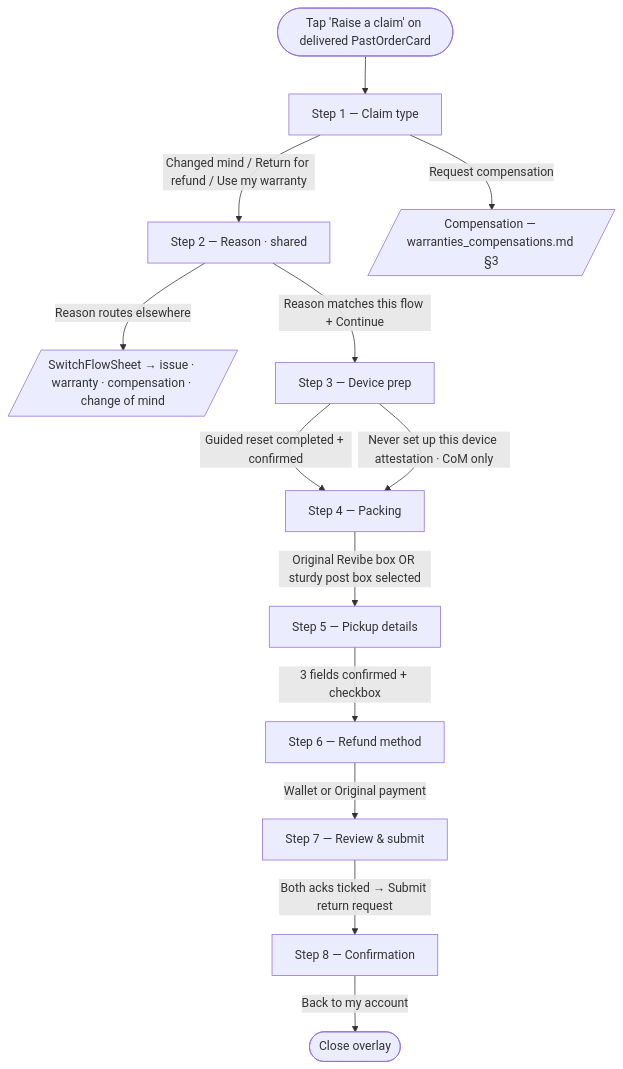
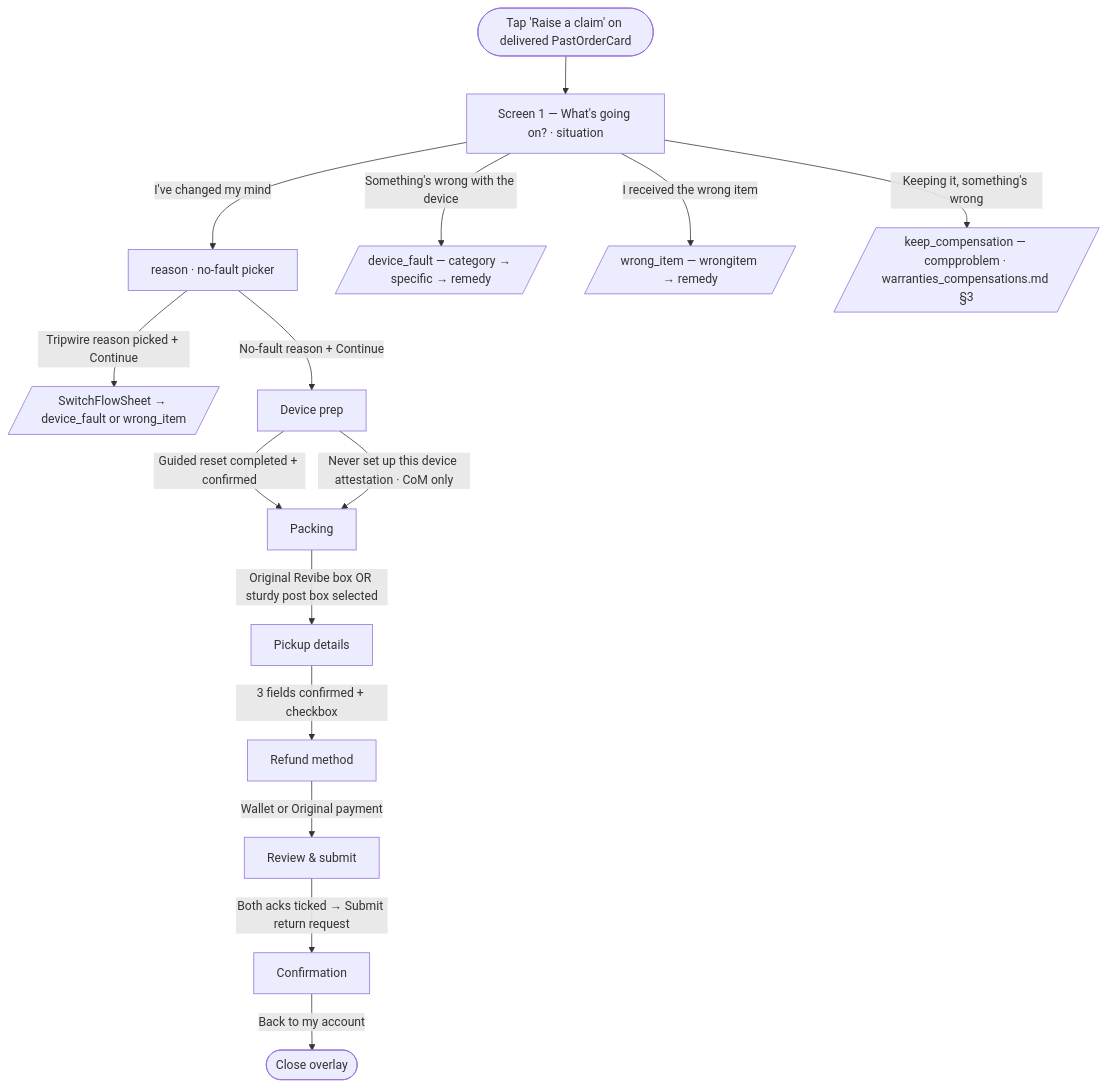
One commit to andrea-revibe/my-account-redesign-v2 changed the first of 2 diagrams in docs/output/returns/change_of_mind.md. Above: the diagram before and after it, drawn with Mermaid. The commit also changed other lines of this file and 13 other files, not shown here.

Commit message:
first improvement iteration of the raise a claim flow - before proof submission

````diff
--- a/docs/output/returns/change_of_mind.md
+++ b/docs/output/returns/change_of_mind.md
@@ -29,15 +42,17 @@
 ```mermaid
 flowchart TD
-  entry([Tap 'Raise a claim' on delivered PastOrderCard]) --> s1[Step 1 — Claim type]
-  s1 -->|Changed mind / Return for refund / Use my warranty| s2[Step 2 — Reason · shared]
-  s1 -->|Request compensation| comp[/Compensation — warranties_compensations.md §3/]
-  s2 -->|Reason routes elsewhere| sheet[/SwitchFlowSheet → issue · warranty · compensation · change of mind/]
-  s2 -->|Reason matches this flow + Continue| s3[Step 3 — Device prep]
-  s3 -->|Guided reset completed + confirmed| s4[Step 4 — Packing]
-  s3 -->|"Never set up this device" attestation · CoM only| s4
-  s4 -->|Original Revibe box OR sturdy post box selected| s5[Step 5 — Pickup details]
-  s5 -->|3 fields confirmed + checkbox| s6[Step 6 — Refund method]
-  s6 -->|Wallet or Original payment| s7[Step 7 — Review & submit]
-  s7 -->|Both acks ticked → Submit return request| s8[Step 8 — Confirmation]
-  s8 -->|Back to my account| close([Close overlay])
+  entry([Tap 'Raise a claim' on delivered PastOrderCard]) --> s1[Screen 1 — What's going on? · situation]
+  s1 -->|I've changed my mind| reason[reason · no-fault picker]
+  s1 -->|Something's wrong with the device| df[/device_fault — category → specific → remedy/]
+  s1 -->|I received the wrong item| wi[/wrong_item — wrongitem → remedy/]
+  s1 -->|Keeping it, something's wrong| comp[/keep_compensation — compproblem · warranties_compensations.md §3/]
+  reason -->|Tripwire reason picked + Continue| sheet[/SwitchFlowSheet → device_fault or wrong_item/]
+  reason -->|No-fault reason + Continue| prep[Device prep]
+  prep -->|Guided reset completed + confirmed| pack[Packing]
+  prep -->|"Never set up this device" attestation · CoM only| pack
+  pack -->|Original Revibe box OR sturdy post box selected| pickup[Pickup details]
+  pickup -->|3 fields confirmed + checkbox| refund[Refund method]
+  refund -->|Wallet or Original payment| review[Review & submit]
+  review -->|Both acks ticked → Submit return request| done[Confirmation]
+  done -->|Back to my account| close([Close overlay])
 ```
````
